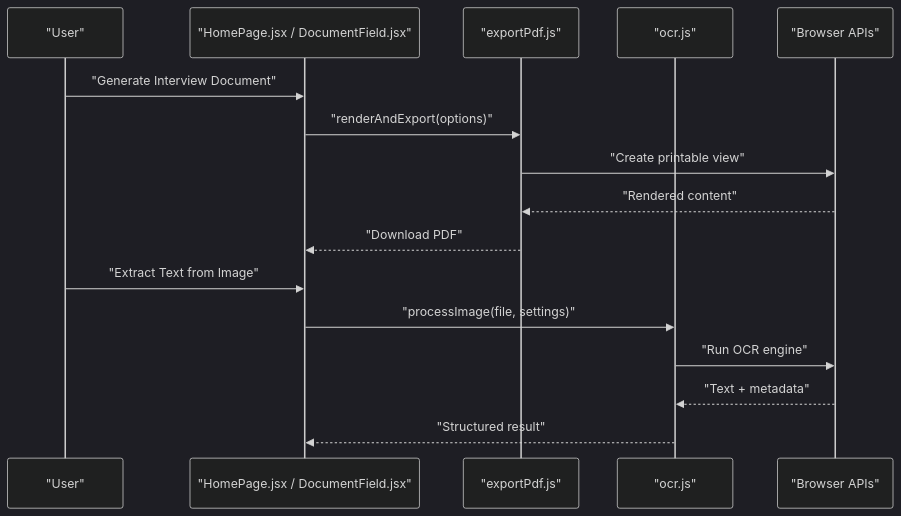
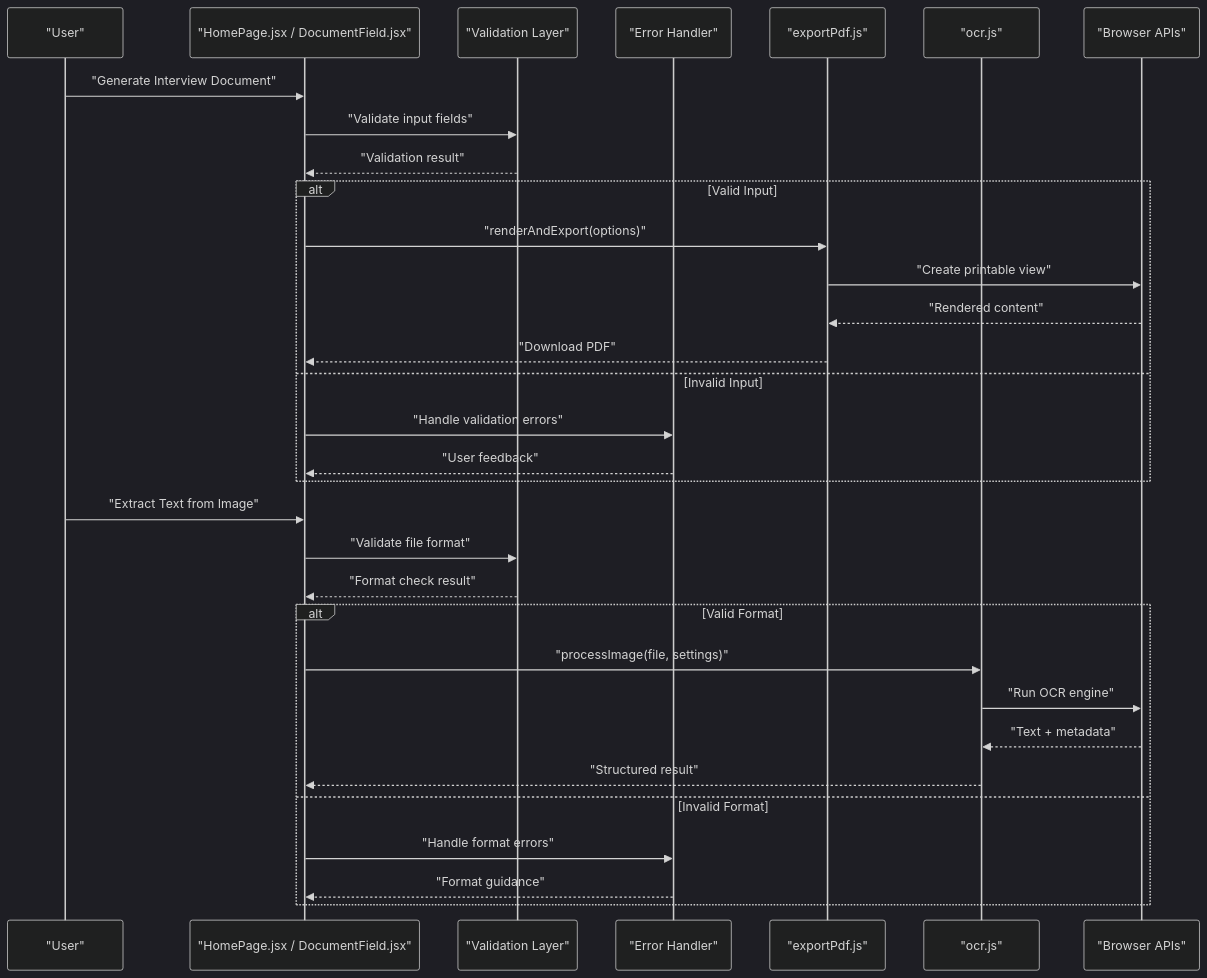
Before and after one commit to zmyeo54/briefroom: the second of 6 diagrams in .qoder/repowiki/en/content/Utility Libraries/Document Processing.md, drawn with Mermaid (dark theme). The commit also changed other lines of this file and 32 other files, not shown here.

````diff
--- a/.qoder/repowiki/en/content/Utility Libraries/Document Processing.md
+++ b/.qoder/repowiki/en/content/Utility Libraries/Document Processing.md
@@ -93,18 +116,34 @@
 ```mermaid
 sequenceDiagram
 participant User as "User"
 participant UI as "HomePage.jsx / DocumentField.jsx"
+participant Validator as "Validation Layer"
+participant ErrorHandler as "Error Handler"
 participant PDF as "exportPdf.js"
 participant OCR as "ocr.js"
 participant Browser as "Browser APIs"
 User->>UI : "Generate Interview Document"
+UI->>Validator : "Validate input fields"
+Validator-->>UI : "Validation result"
+alt Valid Input
 UI->>PDF : "renderAndExport(options)"
 PDF->>Browser : "Create printable view"
 Browser-->>PDF : "Rendered content"
 PDF-->>UI : "Download PDF"
+else Invalid Input
+UI->>ErrorHandler : "Handle validation errors"
+ErrorHandler-->>UI : "User feedback"
+end
 User->>UI : "Extract Text from Image"
+UI->>Validator : "Validate file format"
+Validator-->>UI : "Format check result"
+alt Valid Format
 UI->>OCR : "processImage(file, settings)"
 OCR->>Browser : "Run OCR engine"
 Browser-->>OCR : "Text + metadata"
 OCR-->>UI : "Structured result"
+else Invalid Format
+UI->>ErrorHandler : "Handle format errors"
+ErrorHandler-->>UI : "Format guidance"
+end
 ```
````
